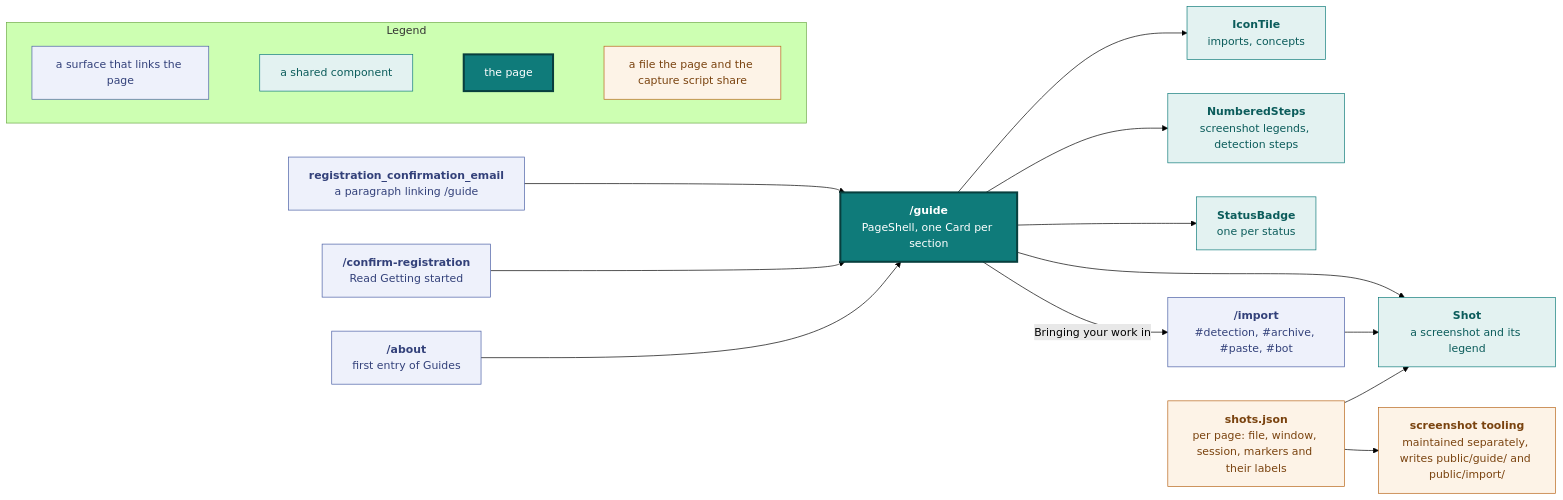
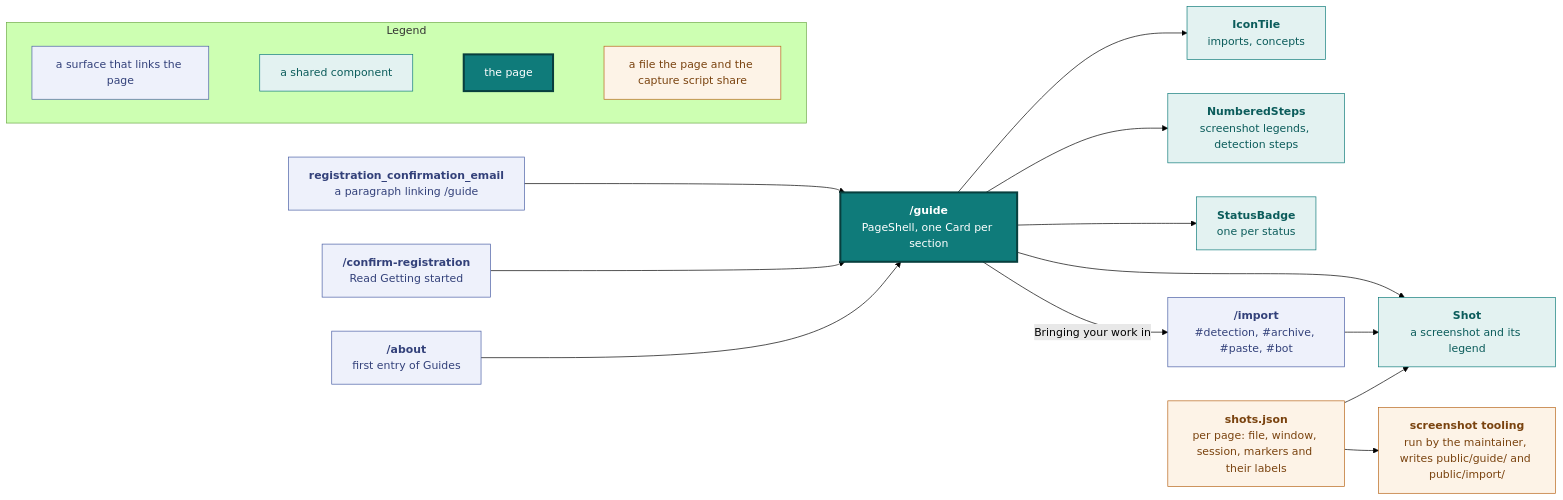
One commit to vidithq/vidit changed the third of 12 diagrams in docs/design.md. Above: the diagram before and after it, drawn with Mermaid (forest theme). The commit also changed other lines of this file and 29 other files, not shown here.

````diff
--- a/docs/design.md
+++ b/docs/design.md
@@ -364,51 +364,51 @@
 ```mermaid
 flowchart LR
   classDef spec fill:#eef1fb,stroke:#4a5fa5,color:#33417a
   classDef shared fill:#e3f2f1,stroke:#0f7b7a,color:#0b5c5b
   classDef core fill:#0f7b7a,stroke:#083f3e,stroke-width:3px,color:#ffffff
   classDef data fill:#fdf3e7,stroke:#b8661a,color:#7a430f
 
   subgraph legend [Legend]
     direction LR
     l1["`a surface that links the page`"]:::spec
     l2["`a shared component`"]:::shared
     l3["`the page`"]:::core
     l4["`a file the page and the capture script share`"]:::data
     l1 ~~~ l2 ~~~ l3 ~~~ l4
   end
 
   email["`**registration_confirmation_email**
   a paragraph linking /guide`"]:::spec
   confirm["`**/confirm-registration**
   Read Getting started`"]:::spec
   about["`**/about**
   first entry of Guides`"]:::spec
   page["`**/guide**
   PageShell, one Card per section`"]:::core
   tiles["`**IconTile**
   imports, concepts`"]:::shared
   steps["`**NumberedSteps**
   screenshot legends, detection steps`"]:::shared
   badge["`**StatusBadge**
   one per status`"]:::shared
   shot["`**Shot**
   a screenshot and its legend`"]:::shared
   shots["`**shots.json**
   per page: file, window, session, markers and their labels`"]:::data
   script["`**screenshot tooling**
-  maintained separately, writes public/guide/ and public/import/`"]:::data
+  run by the maintainer, writes public/guide/ and public/import/`"]:::data
   imp["`**/import**
   #detection, #archive, #paste, #bot`"]:::spec
 
   email --> page
   confirm --> page
   about --> page
   page --> tiles
   page --> steps
   page --> badge
   page --> shot
   imp --> shot
   shots --> shot
   shots --> script
   page -->|"Bringing your work in"| imp
 ```
````
